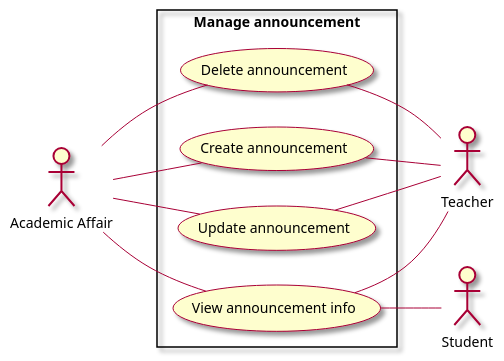
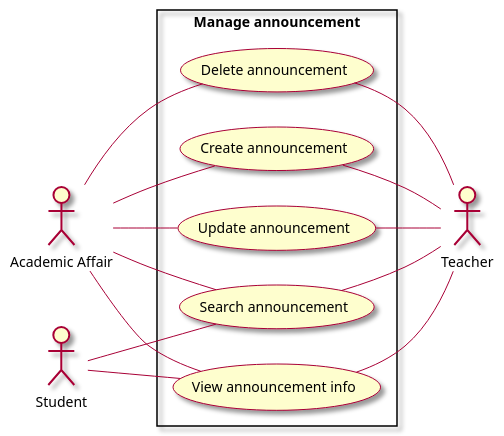
The diagram in Use Case/3. UC ManageAnnouncement.puml (Marowota/SE100-plantuml), drawn with PlantUML before and after one commit. The commit also changed 9 other files, not shown here.

```diff
--- a/Use Case/3. UC ManageAnnouncement.puml
+++ b/Use Case/3. UC ManageAnnouncement.puml
@@ -1,27 +1,33 @@
 @startuml ManageAnnouncement
 
 skin rose
 left to right direction
 
 actor "Academic Affair" as aa
 actor "Teacher" as t
 actor "Student" as s
 
 rectangle "Manage announcement" {
     usecase "Create announcement" as createAnnouncement
     usecase "View announcement info" as viewAnnouncementInfo
     usecase "Update announcement" as updateAnnouncement
     usecase "Delete announcement" as deleteAnnouncement
+    
+    usecase "Search announcement" as searchAnnouncement
 }
 
 aa -- createAnnouncement
 aa -- viewAnnouncementInfo
 aa -- updateAnnouncement
 aa -- deleteAnnouncement
 createAnnouncement -- t
 viewAnnouncementInfo -- t
 updateAnnouncement -- t
 deleteAnnouncement -- t
 viewAnnouncementInfo -- s
 
+aa -- searchAnnouncement
+searchAnnouncement -- t
+s -- searchAnnouncement
+
 @enduml
```
